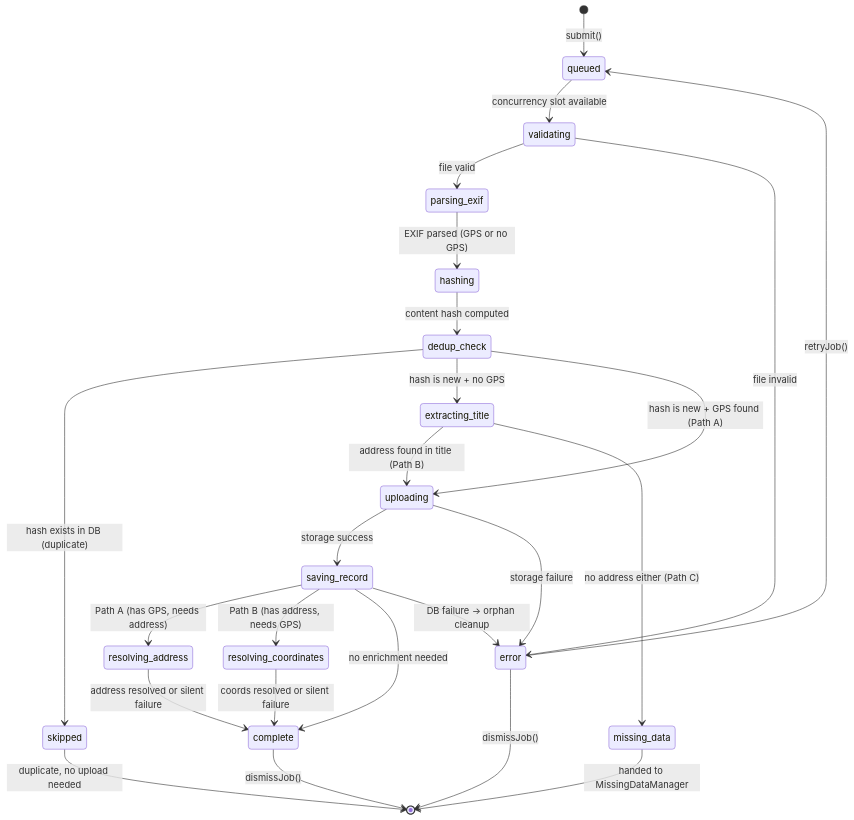
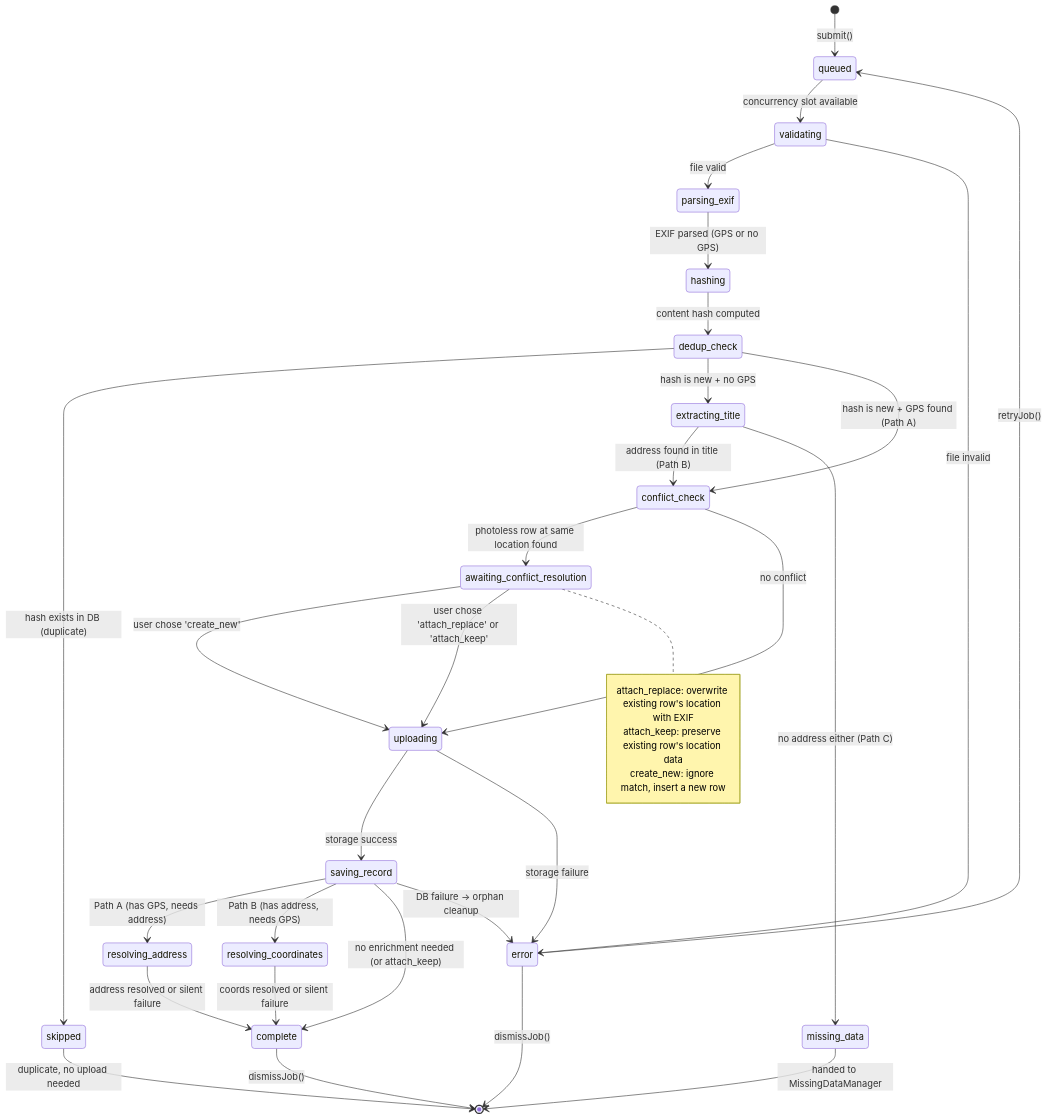
One commit to matkleve/sitesnap changed the second of 10 diagrams in docs/element-specs/upload-manager.md. Above: the diagram before and after it, drawn with Mermaid. The commit also changed other lines of this file and 4 other files, not shown here.

Commit message:
feat(upload): implement location conflict resolution for uploads and enhance Replace Photo functionality

````diff
--- a/docs/element-specs/upload-manager.md
+++ b/docs/element-specs/upload-manager.md
@@ -239,38 +310,49 @@
 ```mermaid
 stateDiagram-v2
   [*] --> queued : submit()
 
   queued --> validating : concurrency slot available
   validating --> parsing_exif : file valid
   validating --> error : file invalid
 
   parsing_exif --> hashing : EXIF parsed (GPS or no GPS)
 
   hashing --> dedup_check : content hash computed
 
   dedup_check --> skipped : hash exists in DB (duplicate)
   dedup_check --> extracting_title : hash is new + no GPS
-  dedup_check --> uploading : hash is new + GPS found (Path A)
+  dedup_check --> conflict_check : hash is new + GPS found (Path A)
 
-  extracting_title --> uploading : address found in title (Path B)
+  extracting_title --> conflict_check : address found in title (Path B)
   extracting_title --> missing_data : no address either (Path C)
+
+  conflict_check --> awaiting_conflict_resolution : photoless row at same location found
+  conflict_check --> uploading : no conflict
+
+  awaiting_conflict_resolution --> uploading : user chose 'create_new'
+  awaiting_conflict_resolution --> uploading : user chose 'attach_replace' or 'attach_keep'
+  note right of awaiting_conflict_resolution
+    attach_replace: overwrite existing row's location with EXIF
+    attach_keep: preserve existing row's location data
+    create_new: ignore match, insert a new row
+  end note
 
   uploading --> saving_record : storage success
   uploading --> error : storage failure
 
   saving_record --> resolving_address : Path A (has GPS, needs address)
   saving_record --> resolving_coordinates : Path B (has address, needs GPS)
-  saving_record --> complete : no enrichment needed
+  saving_record --> complete : no enrichment needed (or attach_keep)
   saving_record --> error : DB failure → orphan cleanup
 
   resolving_address --> complete : address resolved or silent failure
   resolving_coordinates --> complete : coords resolved or silent failure
 
   missing_data --> [*] : handed to MissingDataManager
 
   skipped --> [*] : duplicate, no upload needed
 
   error --> queued : retryJob()
   error --> [*] : dismissJob()
   complete --> [*] : dismissJob()
 ```
````
